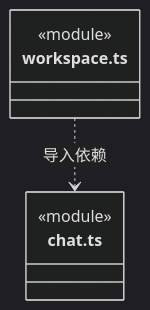
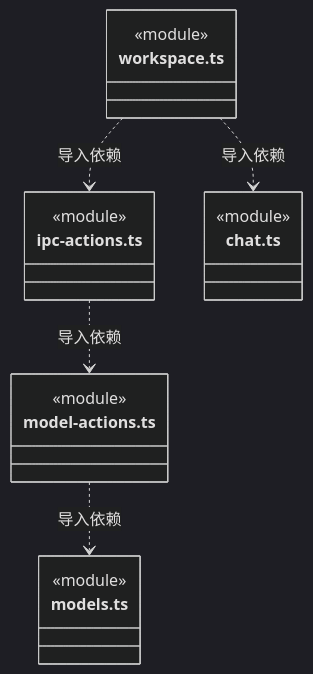
Diagram 34 of 34 in src/bridge/contracts/ARCHITECTURE.md (nan023062/cbim), drawn with Mermaid (dark theme) before and after one commit. The commit also changed other lines of this file and 34 other files, not shown here.

First line of the commit message:
refactor: type model settings IPC requests and responses

````diff
--- a/src/bridge/contracts/ARCHITECTURE.md
+++ b/src/bridge/contracts/ARCHITECTURE.md
@@ -549,10 +619,22 @@
 ```mermaid
 classDiagram
+class N_src_bridge_contracts_ipc_actions_ts["ipc-actions.ts"] {
+  <<module>>
+}
+class N_src_bridge_contracts_model_actions_ts["model-actions.ts"] {
+  <<module>>
+}
+class N_src_bridge_contracts_models_ts["models.ts"] {
+  <<module>>
+}
 class N_src_bridge_contracts_workspace_ts["workspace.ts"] {
   <<module>>
 }
 class N_src_bridge_contracts_chat_ts["chat.ts"] {
   <<module>>
 }
+N_src_bridge_contracts_ipc_actions_ts ..> N_src_bridge_contracts_model_actions_ts : 导入依赖
+N_src_bridge_contracts_model_actions_ts ..> N_src_bridge_contracts_models_ts : 导入依赖
+N_src_bridge_contracts_workspace_ts ..> N_src_bridge_contracts_ipc_actions_ts : 导入依赖
 N_src_bridge_contracts_workspace_ts ..> N_src_bridge_contracts_chat_ts : 导入依赖
 ```
````
